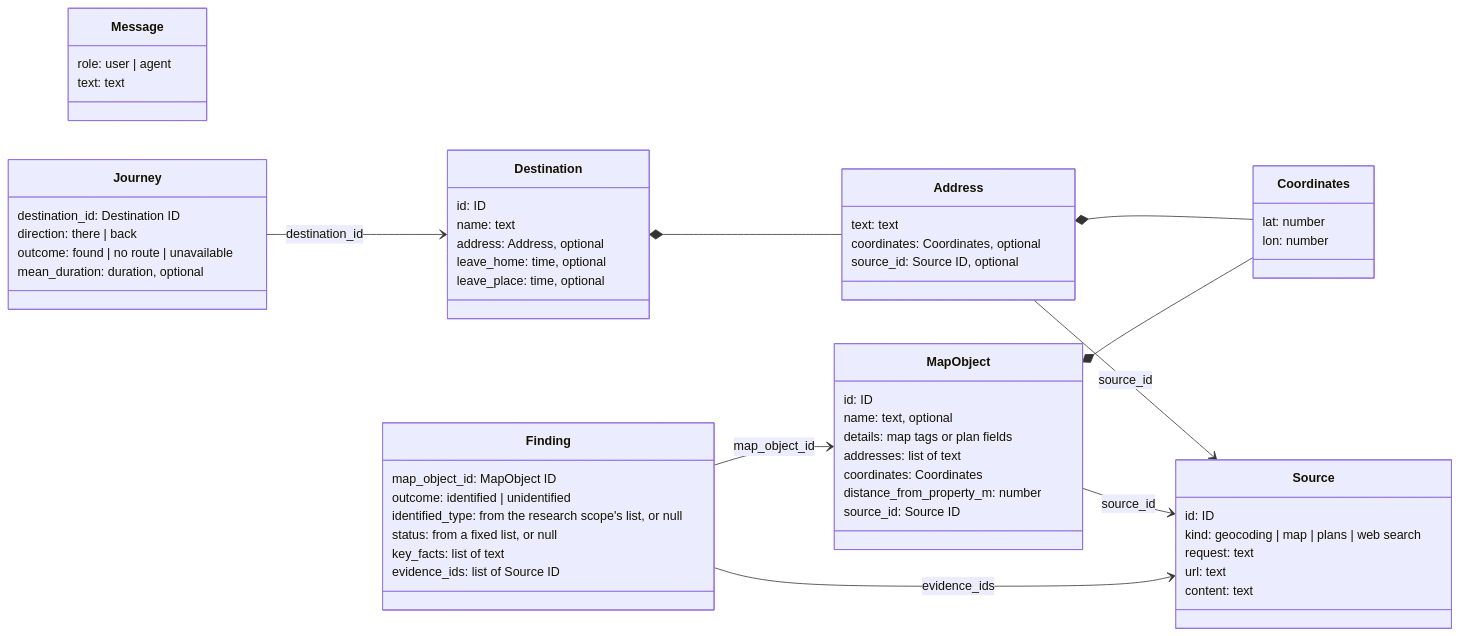
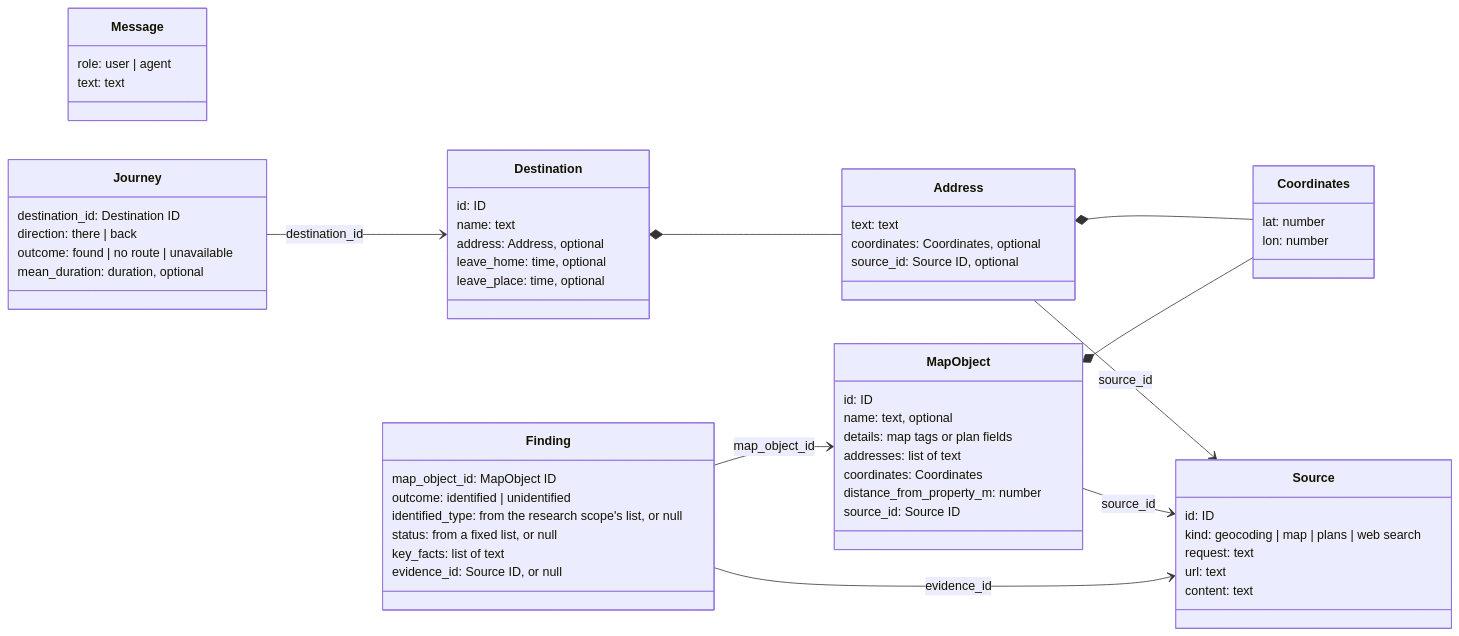
Before and after one commit to avashchenkov/out-of-frame: the second of 2 diagrams in docs/architecture.md, drawn with Mermaid. The commit also changed other lines of this file and 10 other files, not shown here.

Commit message:
refactor: rest each finding on one source page

````diff
--- a/docs/architecture.md
+++ b/docs/architecture.md
@@ -232,62 +232,62 @@
 ```mermaid
 classDiagram
     direction LR
     class Message {
         role: user | agent
         text: text
     }
     class Address {
         text: text
         coordinates: Coordinates, optional
         source_id: Source ID, optional
     }
     class Coordinates {
         lat: number
         lon: number
     }
     class Destination {
         id: ID
         name: text
         address: Address, optional
         leave_home: time, optional
         leave_place: time, optional
     }
     class Source {
         id: ID
         kind: geocoding | map | plans | web search
         request: text
         url: text
         content: text
     }
     class MapObject {
         id: ID
         name: text, optional
         details: map tags or plan fields
         addresses: list of text
         coordinates: Coordinates
         distance_from_property_m: number
         source_id: Source ID
     }
     class Finding {
         map_object_id: MapObject ID
         outcome: identified | unidentified
         identified_type: from the research scope's list, or null
         status: from a fixed list, or null
         key_facts: list of text
-        evidence_ids: list of Source ID
+        evidence_id: Source ID, or null
     }
     class Journey {
         destination_id: Destination ID
         direction: there | back
         outcome: found | no route | unavailable
         mean_duration: duration, optional
     }
     Destination *-- Address
     Address *-- Coordinates
     Address --> Source : source_id
     MapObject *-- Coordinates
     MapObject --> Source : source_id
     Finding --> MapObject : map_object_id
-    Finding --> Source : evidence_ids
+    Finding --> Source : evidence_id
     Journey --> Destination : destination_id
 ```
````
